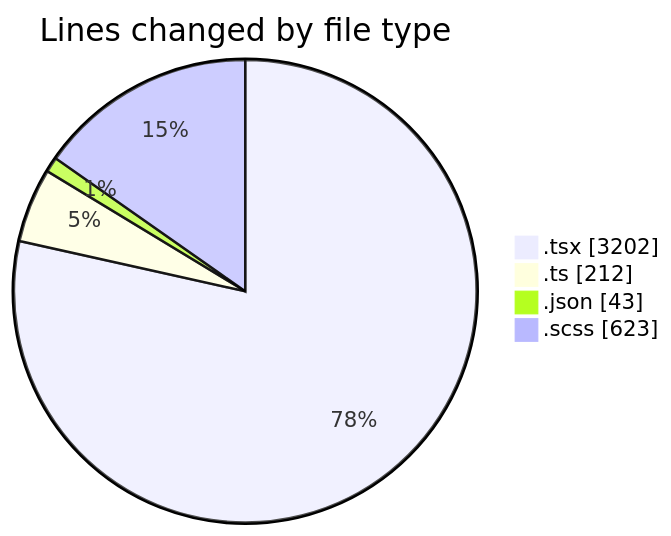
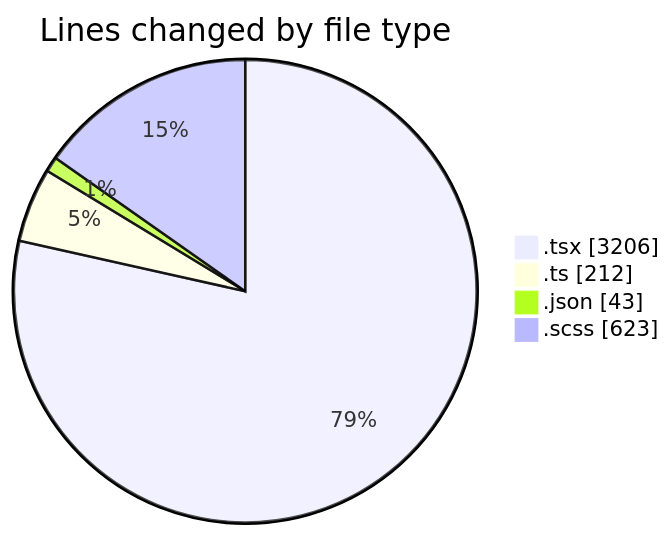
Before and after one commit to momahboobian/code-tracking: the first of 2 diagrams in 2025-09-23/cda/README.md, drawn with Mermaid. The commit also changed other lines of this file and 1 other file, not shown here.

````diff
--- a/2025-09-23/cda/README.md
+++ b/2025-09-23/cda/README.md
@@ -31,8 +31,8 @@
 ```mermaid
 pie showData
 title Lines changed by file type
-".tsx" : 3202
+".tsx" : 3206
 ".ts" : 212
 ".json" : 43
 ".scss" : 623
 ```
````
